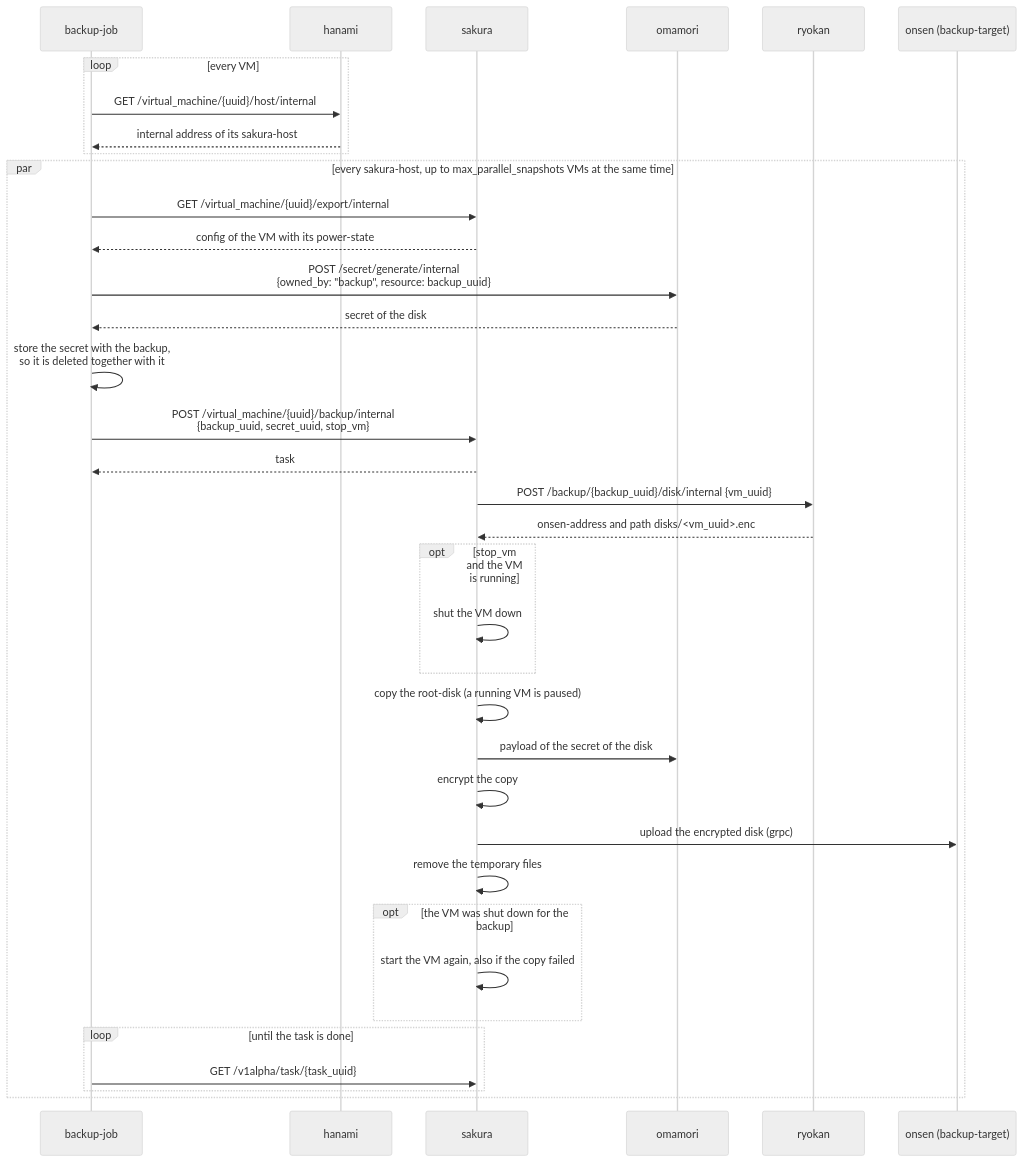
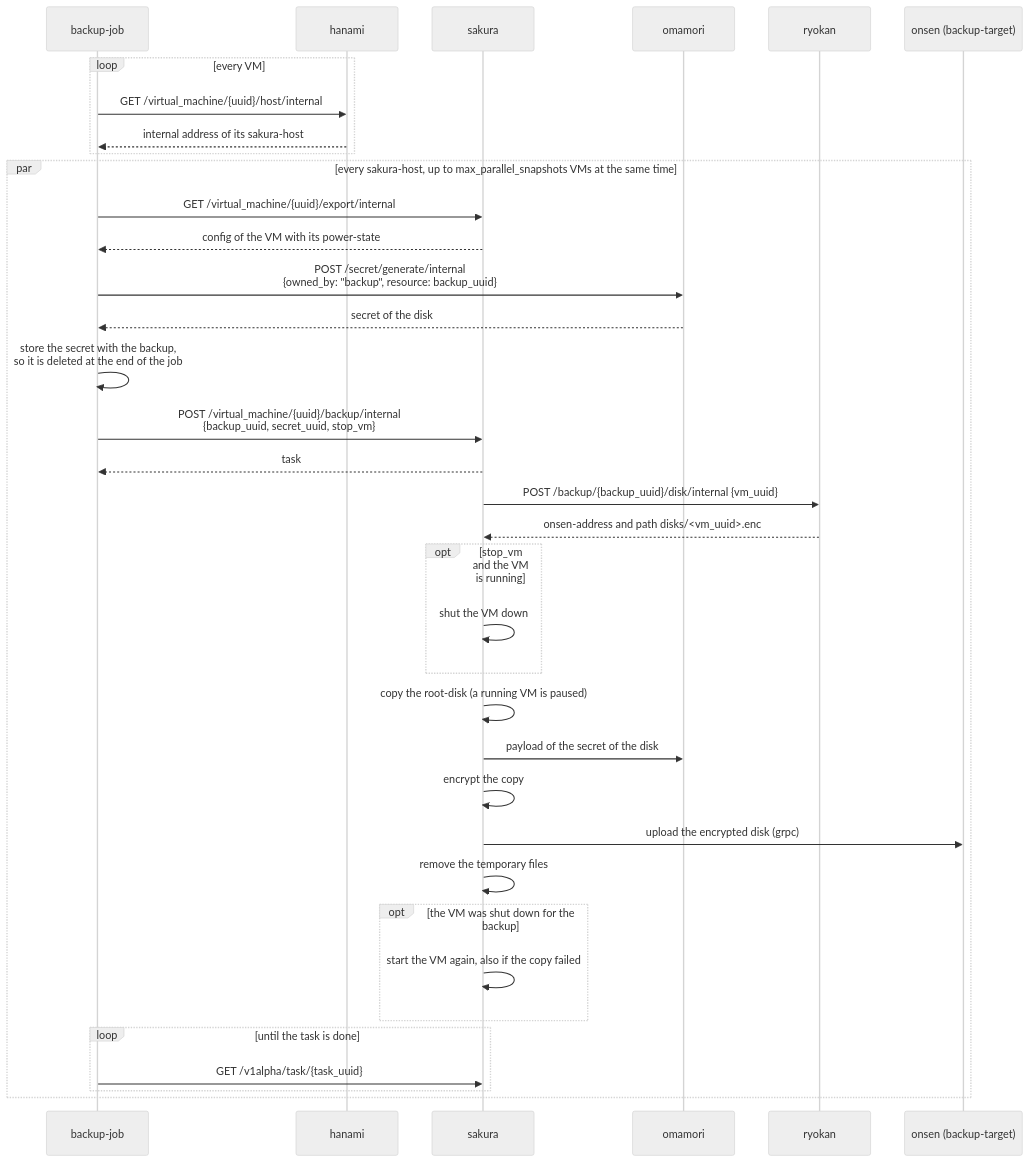
The fifth of 6 diagrams in docs/developer/sequence_diagrams/backup_create.md (kitsudaiki/ainari), drawn with Mermaid (neutral theme) before and after one commit. The commit also changed other lines of this file and 6 other files, not shown here.

````diff
--- a/docs/developer/sequence_diagrams/backup_create.md
+++ b/docs/developer/sequence_diagrams/backup_create.md
@@ -195,39 +200,39 @@
 ```mermaid
 sequenceDiagram
     participant J as backup-job
     participant H as hanami
     participant S as sakura
     participant O as omamori
     participant R as ryokan
     participant ON as onsen (backup-target)
 
     loop every VM
         J->>H: GET /virtual_machine/{uuid}/host/internal
         H-->>J: internal address of its sakura-host
     end
     par every sakura-host, up to max_parallel_snapshots VMs at the same time
         J->>S: GET /virtual_machine/{uuid}/export/internal
         S-->>J: config of the VM with its power-state
         J->>O: POST /secret/generate/internal<br/>{owned_by: "backup", resource: backup_uuid}
         O-->>J: secret of the disk
-        J->>J: store the secret with the backup,<br/>so it is deleted together with it
+        J->>J: store the secret with the backup,<br/>so it is deleted at the end of the job
         J->>S: POST /virtual_machine/{uuid}/backup/internal<br/>{backup_uuid, secret_uuid, stop_vm}
         S-->>J: task
         S->>R: POST /backup/{backup_uuid}/disk/internal {vm_uuid}
         R-->>S: onsen-address and path disks/<vm_uuid>.enc
         opt stop_vm and the VM is running
             S->>S: shut the VM down
         end
         S->>S: copy the root-disk (a running VM is paused)
         S->>O: payload of the secret of the disk
         S->>S: encrypt the copy
         S->>ON: upload the encrypted disk (grpc)
         S->>S: remove the temporary files
         opt the VM was shut down for the backup
             S->>S: start the VM again, also if the copy failed
         end
         loop until the task is done
             J->>S: GET /v1alpha/task/{task_uuid}
         end
     end
 ```
````
